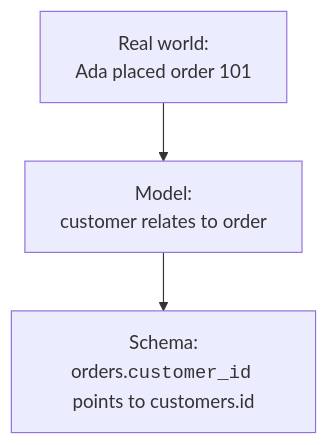
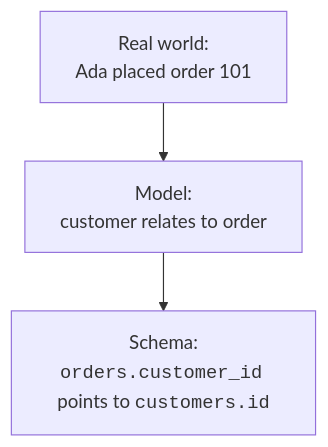
One commit to dataslope/dataslope changed the third of 6 diagrams in content/courses/database-design-postgresql/what-are-relationships.mdx. Above: the diagram before and after it, drawn with Mermaid. The commit also changed 65 other files, not shown here.

First line of the commit message:
Set code in every mermaid label in the mono face

````diff
--- a/content/courses/database-design-postgresql/what-are-relationships.mdx
+++ b/content/courses/database-design-postgresql/what-are-relationships.mdx
@@ -54,5 +54,5 @@
 ```mermaid
 flowchart TD
     Real["Real world:<br/>Ada placed order 101"] --> Model["Model:<br/>customer relates to order"]
-    Model --> Schema["Schema:<br/>orders.<code>customer_id</code> points to customers.id"]
+    Model --> Schema["Schema:<br/><code>orders.customer_id</code> points to <code>customers.id</code>"]
 ```
````
